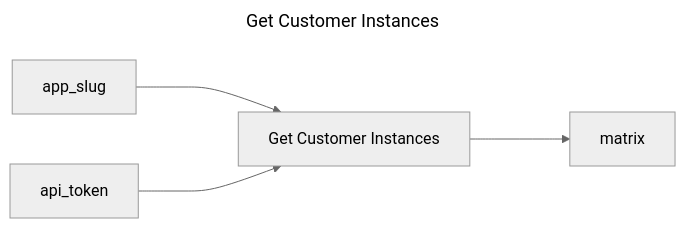
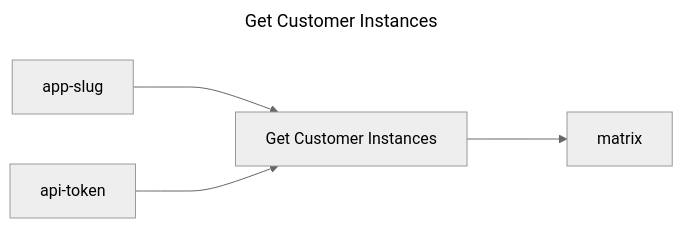
One commit to replicatedhq/replicated-actions changed the diagram in get-customer-instances/README.md. Above: the diagram before and after it, drawn with Mermaid (neutral theme). The commit also changed 12 other files, not shown here.

````diff
--- a/get-customer-instances/README.md
+++ b/get-customer-instances/README.md
@@ -3,10 +3,13 @@
 ```mermaid
 ---
 title: Get Customer Instances
 ---
 graph LR
 get_customer_instances["Get Customer Instances"]
+app_slug["app-slug"]
+api_token["api-token"]
+matrix["matrix"]
 app_slug ---> get_customer_instances
 api_token ---> get_customer_instances
 get_customer_instances ---> matrix
 ```
````
